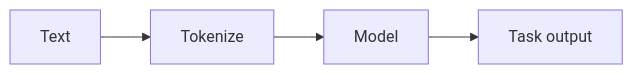
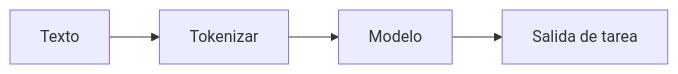
Before and after one commit to EmersonBraun/ai-summary-hub: the diagram in i18n/es/docusaurus-plugin-content-docs/current/nlp/index.md, drawn with Mermaid. The commit also changed other lines of this file and 230 other files, not shown here.

````diff
--- a/i18n/es/docusaurus-plugin-content-docs/current/nlp/index.md
+++ b/i18n/es/docusaurus-plugin-content-docs/current/nlp/index.md
@@ -17,6 +19,6 @@
 ```mermaid
 flowchart LR
-  Text[Text] --> Tokenize[Tokenize]
-  Tokenize --> Model[Model]
-  Model --> TaskOutput[Task output]
+  Text[Texto] --> Tokenize[Tokenizar]
+  Tokenize --> Model[Modelo]
+  Model --> TaskOutput[Salida de tarea]
 ```
````
